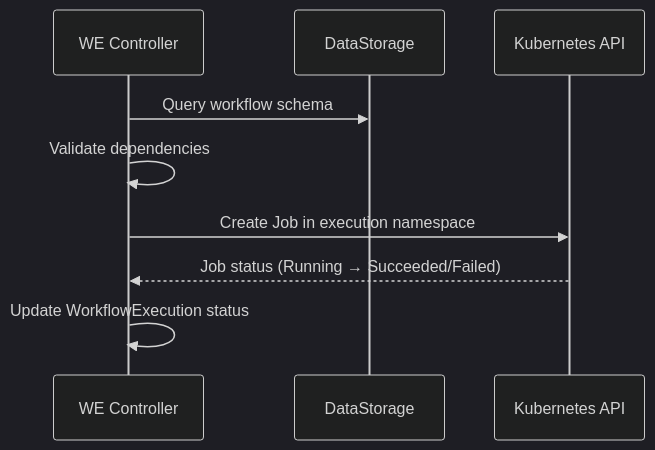
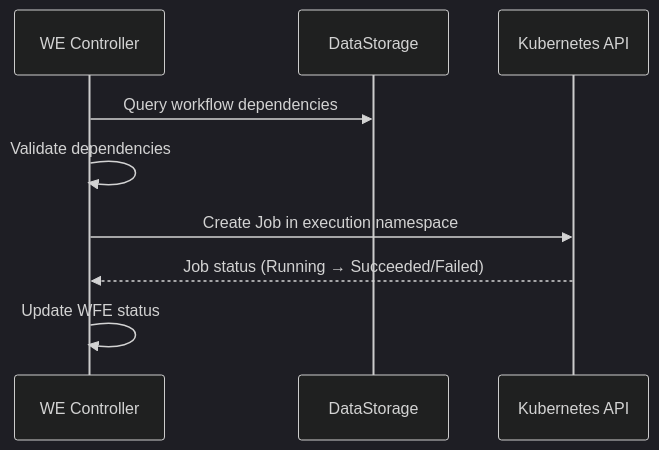
Before and after one commit to jordigilh/kubernaut-docs: the second of 3 diagrams in docs/architecture/workflow-execution.md, drawn with Mermaid (dark theme). The commit also changed other lines of this file and 12 other files, not shown here.

First line of the commit message:
docs: expand architecture pages with per-service deep dives

````diff
--- a/docs/architecture/workflow-execution.md
+++ b/docs/architecture/workflow-execution.md
@@ -11,12 +159,12 @@
 ```mermaid
 sequenceDiagram
     participant WE as WE Controller
     participant DS as DataStorage
     participant K8s as Kubernetes API
 
-    WE->>DS: Query workflow schema
+    WE->>DS: Query workflow dependencies
     WE->>WE: Validate dependencies
     WE->>K8s: Create Job in execution namespace
     K8s-->>WE: Job status (Running → Succeeded/Failed)
-    WE->>WE: Update WorkflowExecution status
+    WE->>WE: Update WFE status
 ```
````
